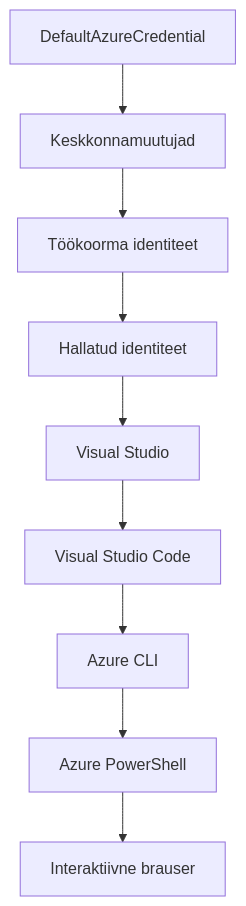
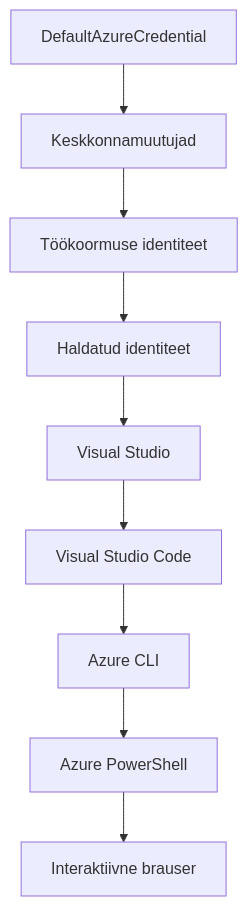
The second of 2 diagrams in translations/et/docs/chapter-01-foundation/azd-basics.md (microsoft/AZD-for-beginners), drawn with Mermaid before and after one commit. The commit also changed other lines of this file and 101 other files, not shown here.

````diff
--- a/translations/et/docs/chapter-01-foundation/azd-basics.md
+++ b/translations/et/docs/chapter-01-foundation/azd-basics.md
@@ -590,11 +593,11 @@
 ```mermaid
 graph TD
     A[DefaultAzureCredential] --> B[Keskkonnamuutujad]
-    B --> C[Töökoorma identiteet]
-    C --> D[Hallatud identiteet]
+    B --> C[Töökoormuse identiteet]
+    C --> D[Haldatud identiteet]
     D --> E[Visual Studio]
     E --> F[Visual Studio Code]
     F --> G[Azure CLI]
     G --> H[Azure PowerShell]
     H --> I[Interaktiivne brauser]
-```  
+```
````
